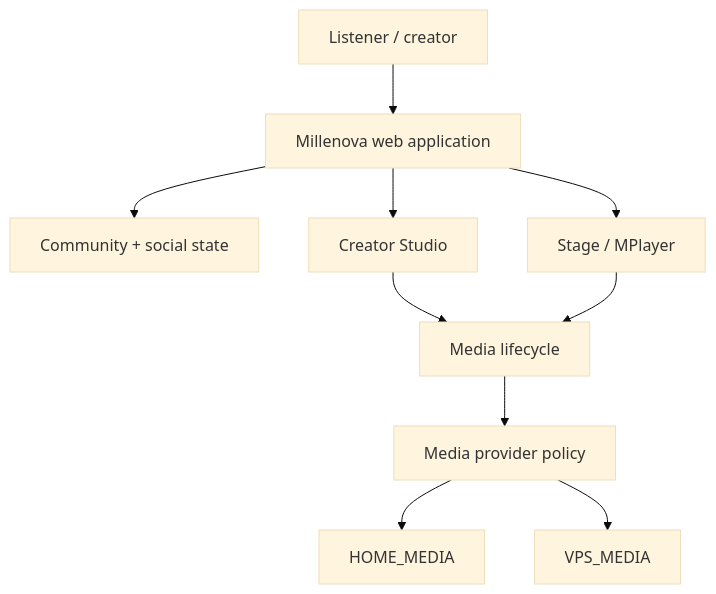
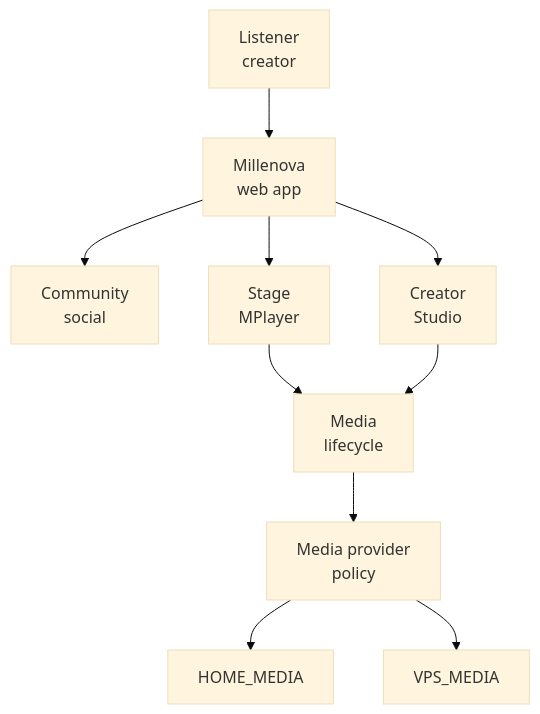
The second of 4 diagrams in MILLENOVA_PUBLIC_FACADE_IMPLEMENTATION_PLAN.md (wilderruiz/millenova-project), drawn with Mermaid (base theme) before and after one commit. The commit also changed other lines of this file, not shown here.

Commit message:
docs: apply shared Mermaid graph guide to publication plan

````diff
--- a/MILLENOVA_PUBLIC_FACADE_IMPLEMENTATION_PLAN.md
+++ b/MILLENOVA_PUBLIC_FACADE_IMPLEMENTATION_PLAN.md
@@ -277,12 +278,15 @@
 ```mermaid
 flowchart TD
-    U[Listener / creator] --> WEB[Millenova web application]
-    WEB --> SOCIAL[Community + social state]
-    WEB --> PLAYER[Stage / MPlayer]
-    WEB --> STUDIO[Creator Studio]
-    STUDIO --> MEDIA[Media lifecycle]
-    PLAYER --> MEDIA
-    MEDIA --> ROUTER[Media provider policy]
-    ROUTER --> HOME[HOME_MEDIA]
-    ROUTER --> VPS[VPS_MEDIA]
+    U["Listener<br/>creator"] --> WEB["Millenova<br/>web app"]
+
+    WEB --> SOCIAL["Community<br/>social"]
+    WEB --> PLAYER["Stage<br/>MPlayer"]
+    WEB --> STUDIO["Creator<br/>Studio"]
+
+    PLAYER --> MEDIA["Media<br/>lifecycle"]
+    STUDIO --> MEDIA
+
+    MEDIA --> ROUTER["Media provider<br/>policy"]
+    ROUTER --> HOME["HOME_MEDIA"]
+    ROUTER --> VPS["VPS_MEDIA"]
 ```
````
